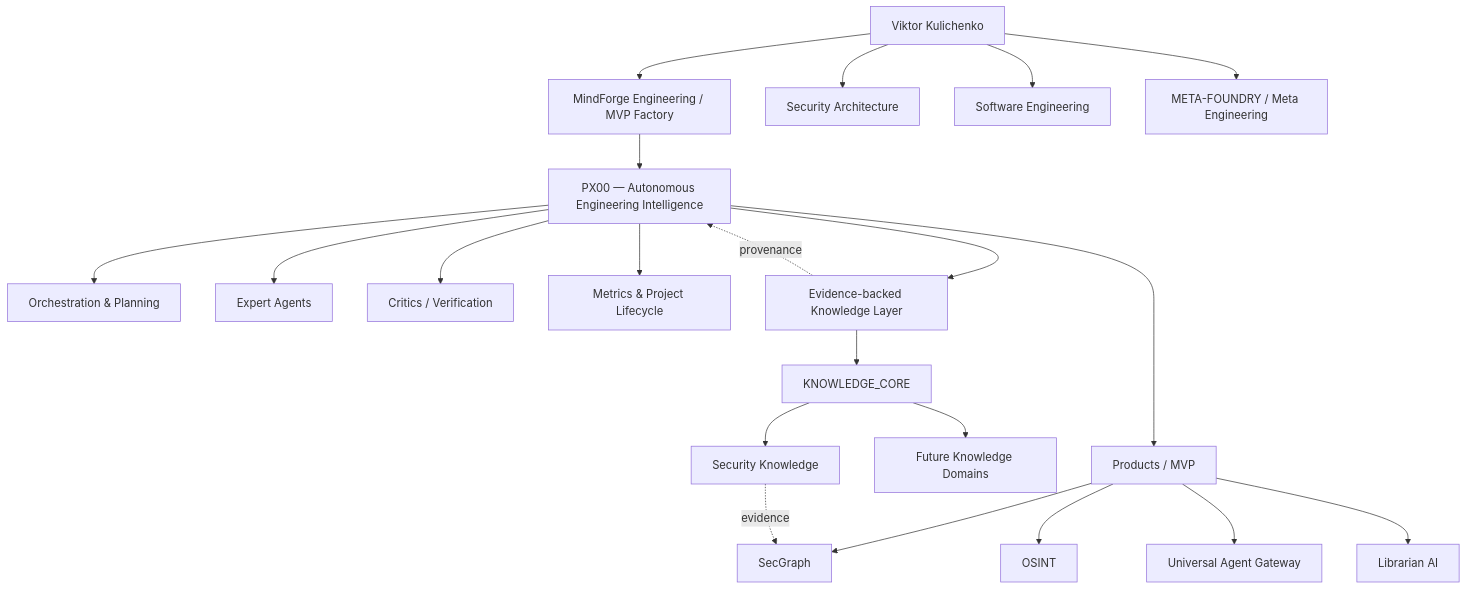
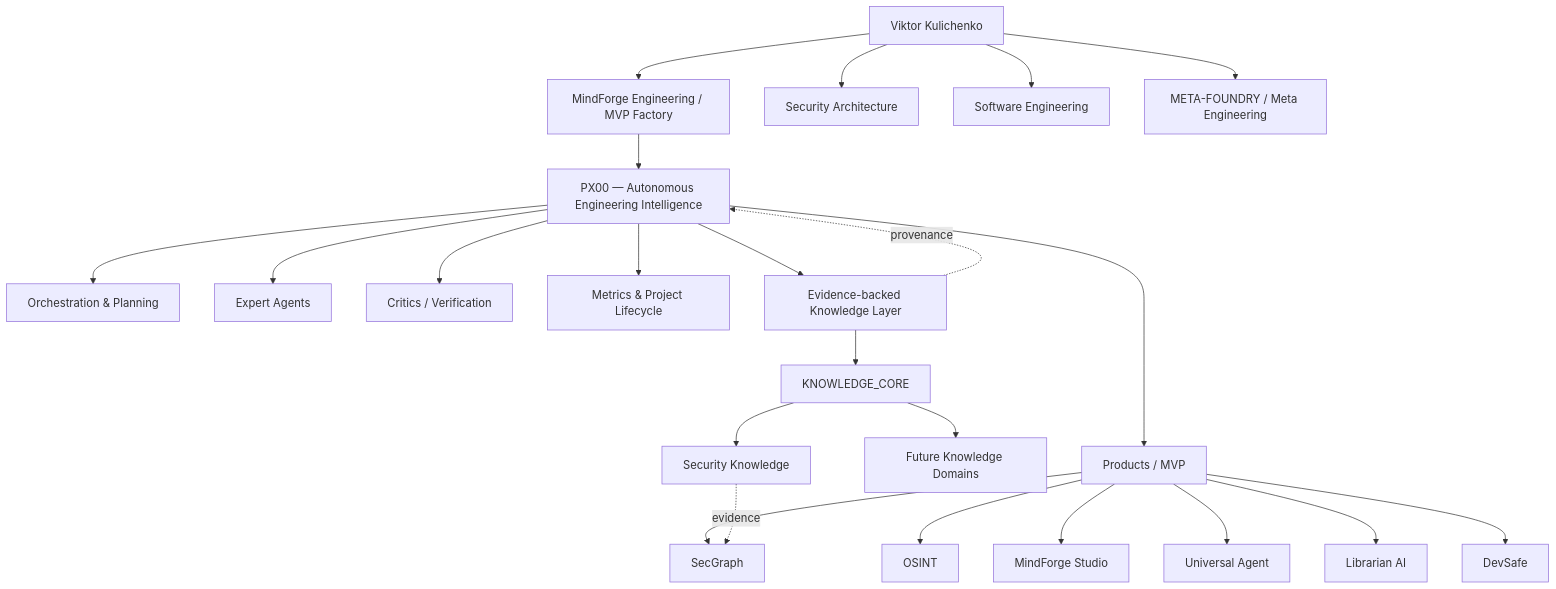
Before and after one commit to VictorKVS/VictorKVS: the diagram in README.md, drawn with Mermaid. The commit also changed other lines of this file, not shown here.

````diff
--- a/README.md
+++ b/README.md
@@ -45,28 +51,30 @@
 ```mermaid
 flowchart TD
     VK[Viktor Kulichenko] --> MF[MindForge Engineering / MVP Factory]
     MF --> PX[PX00 — Autonomous Engineering Intelligence]
 
     PX --> ORCH[Orchestration & Planning]
     PX --> EXP[Expert Agents]
     PX --> CRIT[Critics / Verification]
     PX --> MET[Metrics & Project Lifecycle]
     PX --> KB[Evidence-backed Knowledge Layer]
 
     KB --> KC[KNOWLEDGE_CORE]
     KC --> SKB[Security Knowledge]
     KC --> FKB[Future Knowledge Domains]
 
     PX --> PRODUCTS[Products / MVP]
+    PRODUCTS --> OSINT[OSINT]
     PRODUCTS --> SG[SecGraph]
-    PRODUCTS --> OSINT[OSINT]
-    PRODUCTS --> UAG[Universal Agent Gateway]
+    PRODUCTS --> MFS[MindForge Studio]
+    PRODUCTS --> UAG[Universal Agent]
     PRODUCTS --> LIB[Librarian AI]
+    PRODUCTS --> DS[DevSafe]
 
     VK --> SEC[Security Architecture]
     VK --> ENG[Software Engineering]
     VK --> META[META-FOUNDRY / Meta Engineering]
 
     SKB -. evidence .-> SG
     KB -. provenance .-> PX
 ```
````
